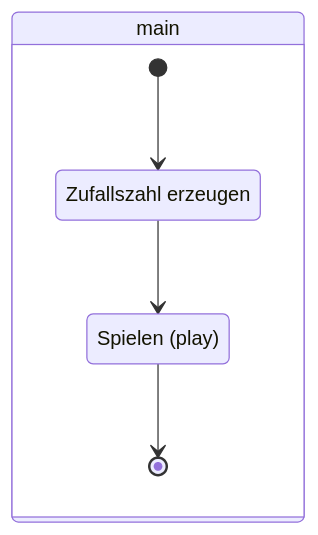
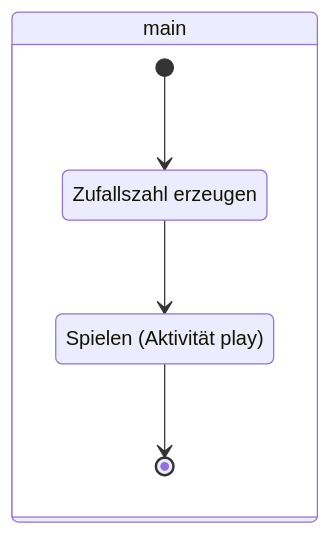
One commit to jappuccini/java-docs changed the second of 4 diagrams in docs/exercises/uml/activity-diagrams01.md. Above: the diagram before and after it, drawn with Mermaid. The commit also changed other lines of this file, not shown here.

````diff
--- a/docs/exercises/uml/activity-diagrams01.md
+++ b/docs/exercises/uml/activity-diagrams01.md
@@ -14,11 +23,11 @@
 ```mermaid
 stateDiagram-v2
     state "Zufallszahl erzeugen" as state1
-    state "Spielen (play)" as state2
+    state "Spielen (Aktivität play)" as state2
 
     state main {
         [*] --> state1
         state1 --> state2
         state2 --> [*]
     }
 ```
````
